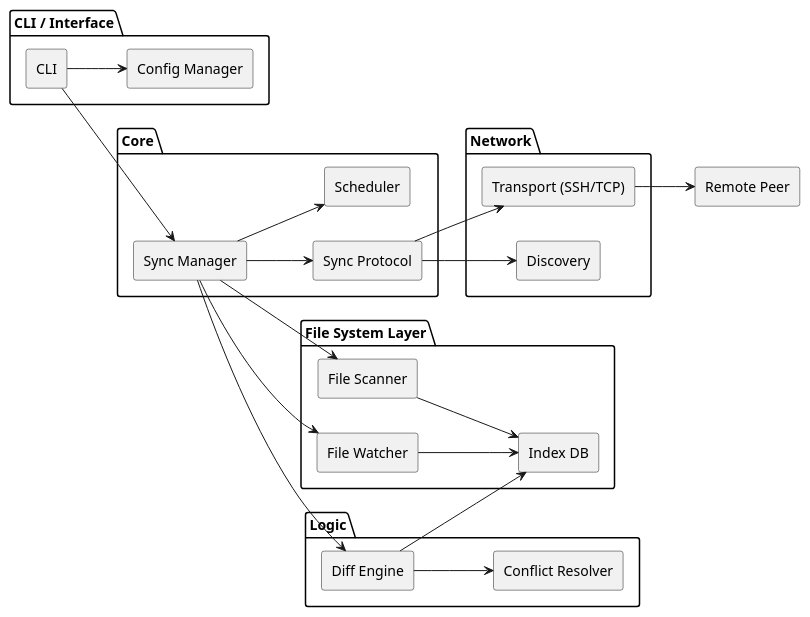
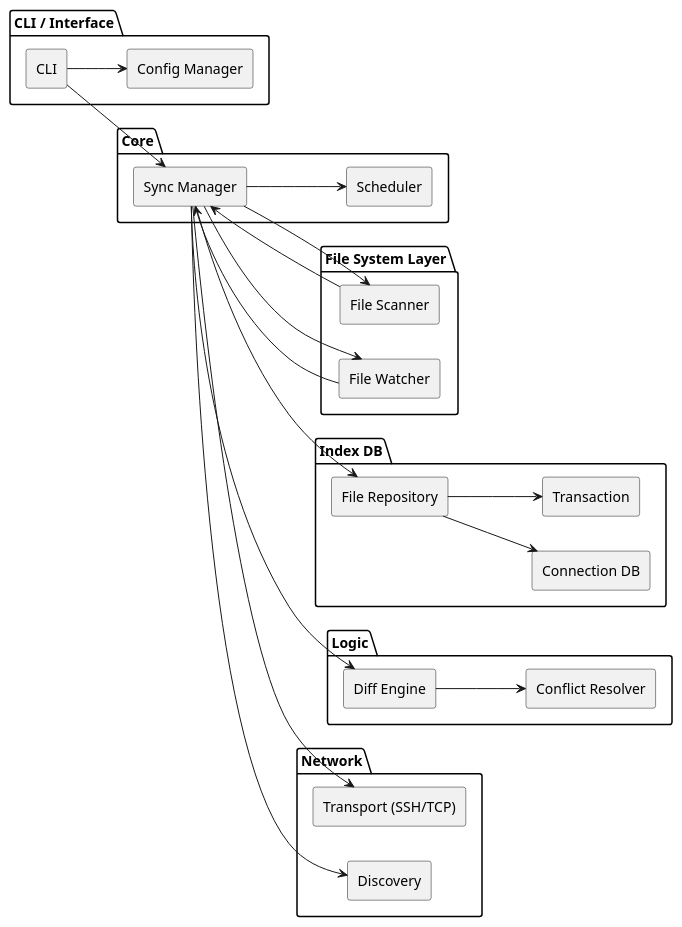
One commit to en1ac-R/qsynq changed the diagram in UML/componentDiagram.puml. Above: the diagram before and after it, drawn with PlantUML.

Commit message:
Обновить диаграмму компонентов

```diff
--- a/UML/componentDiagram.puml
+++ b/UML/componentDiagram.puml
@@ -1,59 +1,63 @@
 @startuml
 left to right direction
 skinparam componentStyle rectangle
 skinparam shadowing false
 
 package "CLI / Interface" {
     [CLI]
     [Config Manager]
 }
 
 package "Core" {
     [Sync Manager]
-    [Sync Protocol]
     [Scheduler]
 }
 
 package "File System Layer" {
     [File Scanner]
     [File Watcher]
-    [Index DB]
+}
+
+package "Index DB" {
+    [File Repository]
+    [Connection DB]
+    [Transaction]
 }
 
 package "Logic" {
     [Diff Engine]
     [Conflict Resolver]
 }
 
 package "Network" {
     [Transport (SSH/TCP)]
     [Discovery]
 }
 
-' --- CLI ---
+' CLI
 CLI --> [Sync Manager]
 CLI --> [Config Manager]
 
-' --- Core связи ---
-[Sync Manager] --> [Sync Protocol]
+' Core
+[Sync Manager] --> [File Scanner]
+[Sync Manager] --> [File Watcher]
 [Sync Manager] --> [Diff Engine]
 [Sync Manager] --> [Scheduler]
 
-' --- FS layer ---
-[Sync Manager] --> [File Scanner]
-[Sync Manager] --> [File Watcher]
-[File Scanner] --> [Index DB]
-[File Watcher] --> [Index DB]
+' FS → DB (только через Sync Manager)
+[File Scanner] --> [Sync Manager]
+[File Watcher] --> [Sync Manager]
 
-' --- Logic ---
-[Diff Engine] --> [Index DB]
+' DB access
+[Sync Manager] --> [File Repository]
+[File Repository] --> [Connection DB]
+[File Repository] --> [Transaction]
+
+' Logic
 [Diff Engine] --> [Conflict Resolver]
 
-' --- Network ---
-[Sync Protocol] --> [Transport (SSH/TCP)]
-[Sync Protocol] --> [Discovery]
-
-' --- Peer interaction ---
-[Transport (SSH/TCP)] --> [Remote Peer]
+' Network
+[Sync Manager] --> [Transport (SSH/TCP)]
+[Sync Manager] --> [Discovery]
 
 @enduml
```
